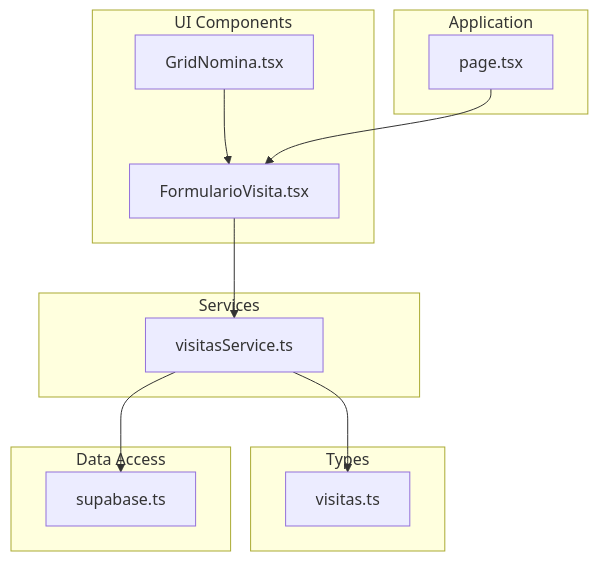
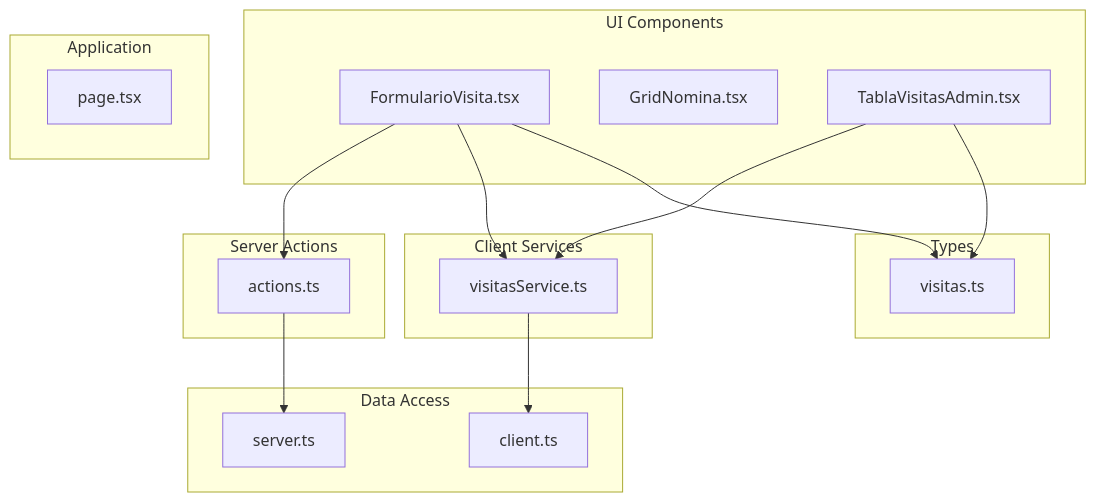
The first of 4 diagrams in .qoder/repowiki/en/content/Core Services & Business Logic/Visit Management Service.md (AgusCatra/simu-twin-web), drawn with Mermaid before and after one commit. The commit also changed other lines of this file and 16 other files, not shown here.

````diff
--- a/.qoder/repowiki/en/content/Core Services & Business Logic/Visit Management Service.md
+++ b/.qoder/repowiki/en/content/Core Services & Business Logic/Visit Management Service.md
@@ -58,24 +63,31 @@
 ```mermaid
 graph TB
-subgraph "Services"
+subgraph "Server Actions"
+A["actions.ts"]
+end
+subgraph "Client Services"
 S["visitasService.ts"]
 end
 subgraph "Types"
 T["visitas.ts"]
 end
 subgraph "Data Access"
-D["supabase.ts"]
+D["server.ts"]
+C["client.ts"]
 end
 subgraph "UI Components"
 U["FormularioVisita.tsx"]
 G["GridNomina.tsx"]
+A2["TablaVisitasAdmin.tsx"]
 end
 subgraph "Application"
 P["page.tsx"]
 end
-S --> T
-S --> D
+U --> A
 U --> S
-G --> U
-P --> U
+A2 --> S
+A --> D
+S --> C
+U --> T
+A2 --> T
 ```
````
